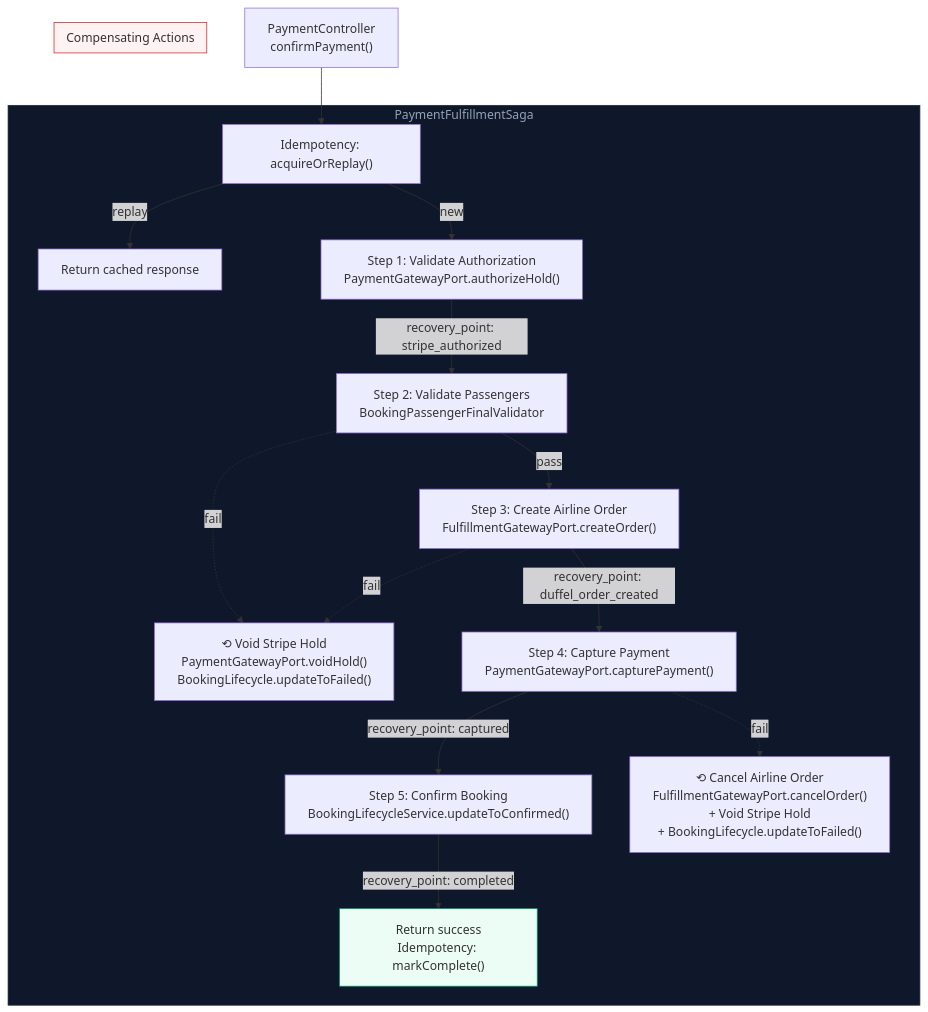
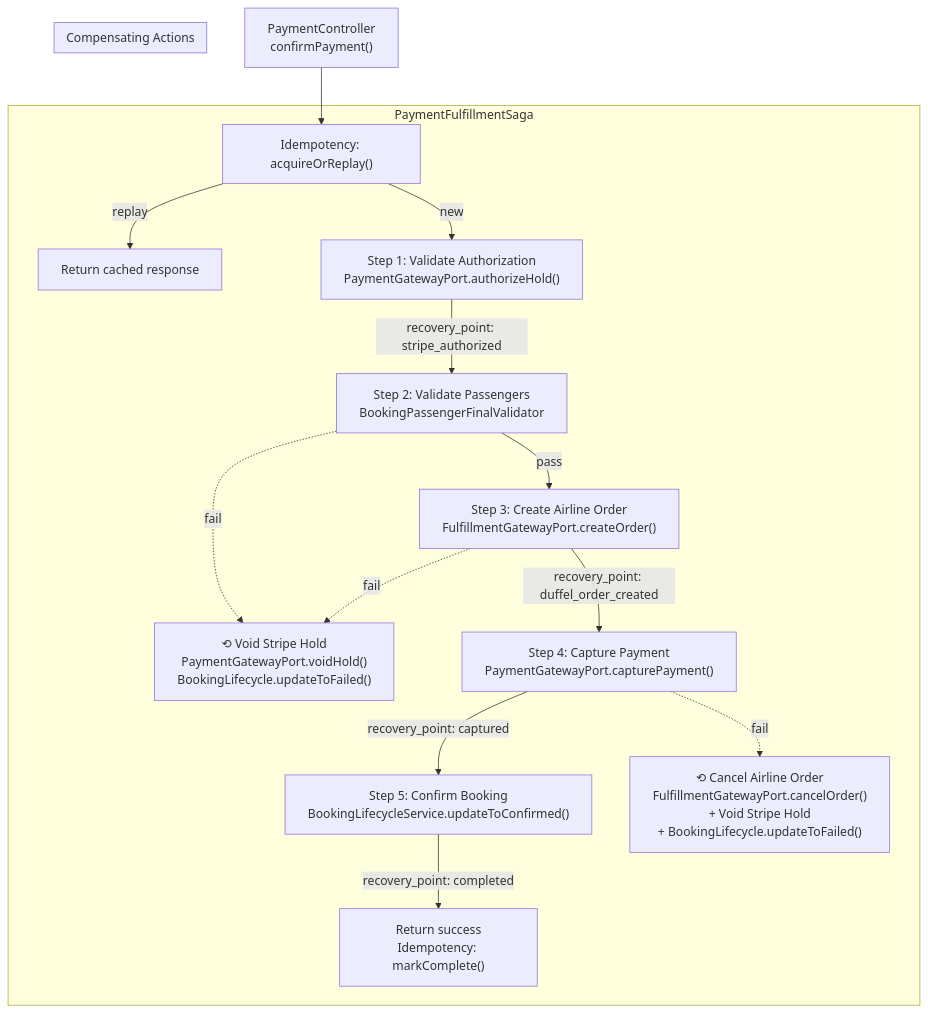
Before and after one commit to pminhtaiii/Flight-Booking-System: the second of 3 diagrams in docs/adr/research-payment-module-deepening-grilling-session.md, drawn with Mermaid. The commit also changed other lines of this file and 1 other file, not shown here.

````diff
--- a/docs/adr/research-payment-module-deepening-grilling-session.md
+++ b/docs/adr/research-payment-module-deepening-grilling-session.md
@@ -278,37 +274,34 @@
 ```mermaid
 flowchart TD
   START["PaymentController\nconfirmPayment()"] --> ACQ
 
   subgraph Saga["PaymentFulfillmentSaga"]
     ACQ["Idempotency: acquireOrReplay()"]
     ACQ -->|"replay"| CACHED["Return cached response"]
     ACQ -->|"new"| S1
 
     S1["Step 1: Validate Authorization\nPaymentGatewayPort.authorizeHold()"]
     S1 -->|"recovery_point: stripe_authorized"| S2
 
     S2["Step 2: Validate Passengers\nBookingPassengerFinalValidator"]
     S2 -->|"pass"| S3
     S2 -.->|"fail"| COMP_A
 
     S3["Step 3: Create Airline Order\nFulfillmentGatewayPort.createOrder()"]
     S3 -->|"recovery_point: duffel_order_created"| S4
     S3 -.->|"fail"| COMP_A
 
     S4["Step 4: Capture Payment\nPaymentGatewayPort.capturePayment()"]
     S4 -->|"recovery_point: captured"| S5
     S4 -.->|"fail"| COMP_B
 
     S5["Step 5: Confirm Booking\nBookingLifecycleService.updateToConfirmed()"]
     S5 -->|"recovery_point: completed"| DONE["Return success\nIdempotency: markComplete()"]
   end
 
   subgraph Compensate["Compensating Actions"]
     COMP_A["⟲ Void Stripe Hold\nPaymentGatewayPort.voidHold()\nBookingLifecycle.updateToFailed()"]
     COMP_B["⟲ Cancel Airline Order\nFulfillmentGatewayPort.cancelOrder()\n+ Void Stripe Hold\n+ BookingLifecycle.updateToFailed()"]
   end
 
-  style Saga fill:#0f172a,stroke:#1e293b,color:#94a3b8
-  style Compensate fill:#fef2f2,stroke:#dc2626
-  style DONE fill:#ecfdf5,stroke:#059669
 ```
````
